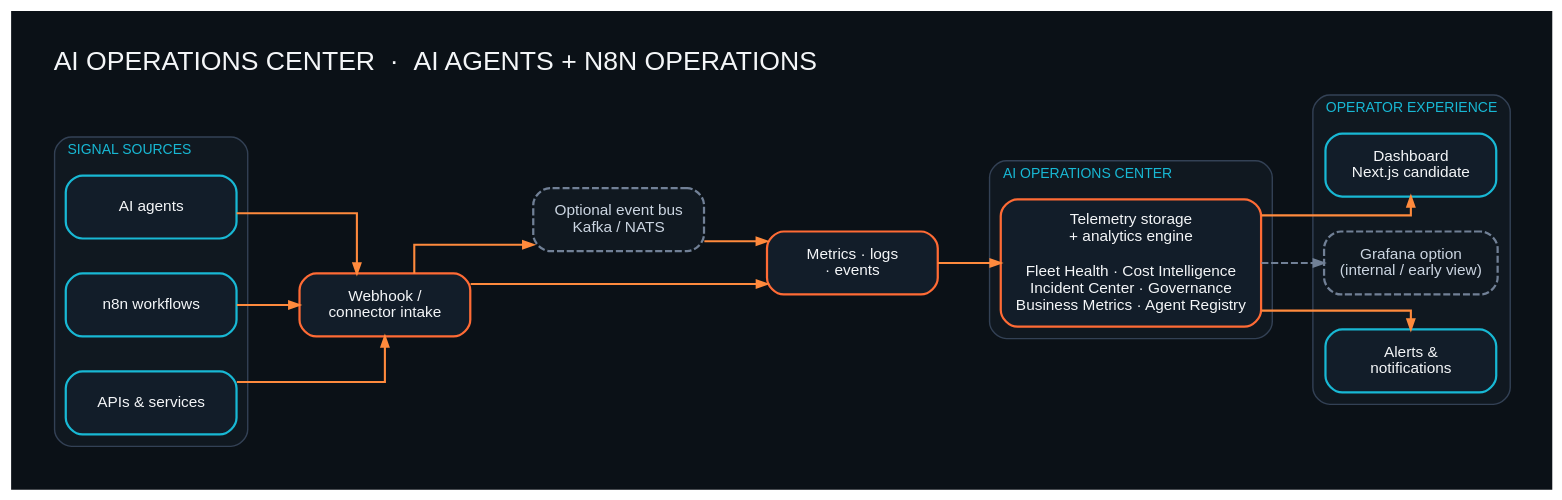
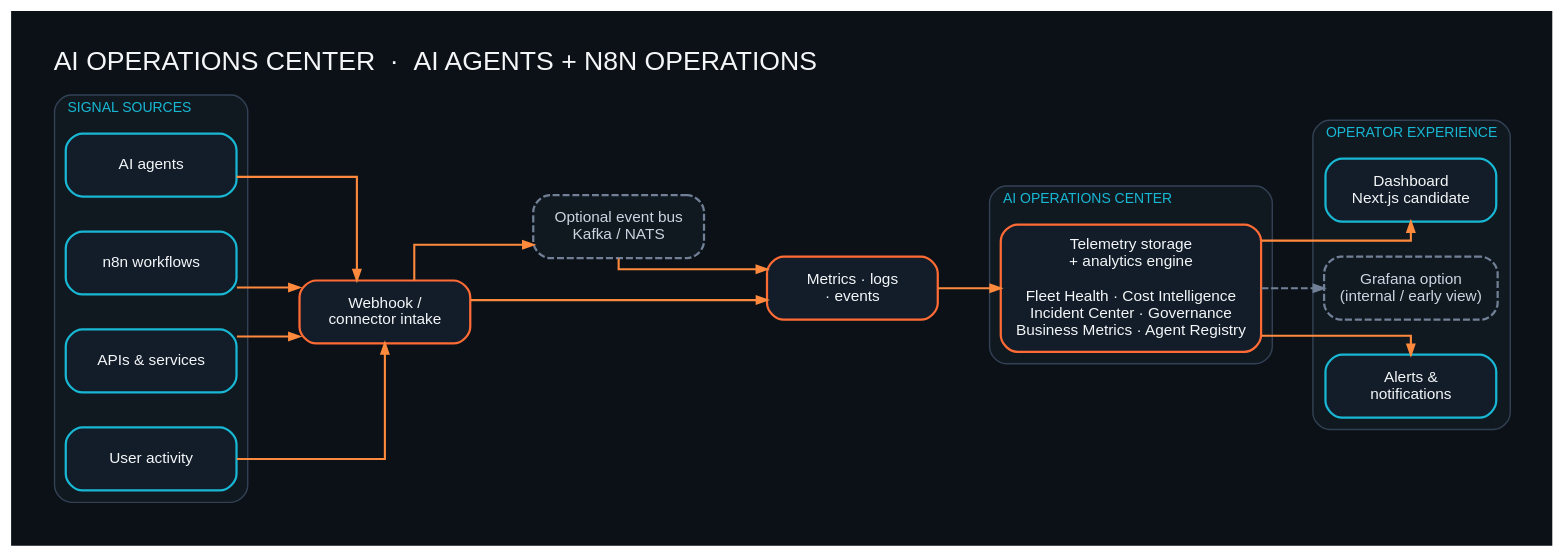
The diagram in diagrams/architecture.dot (EdgeAgent/ai-operations-center), drawn with Graphviz before and after one commit. The commit also changed 2 other files, not shown here.

Commit message:
Include user activity in observability architecture

```diff
--- a/diagrams/architecture.dot
+++ b/diagrams/architecture.dot
@@ -1,33 +1,35 @@
 digraph ai_ops_center {
   graph [rankdir=LR, bgcolor="#0b1117", pad="0.32", nodesep="0.35", ranksep="0.62", splines=ortho, fontname="Arial", fontsize=19, fontcolor="#f4f6f8", label="AI OPERATIONS CENTER  ·  AI AGENTS + N8N OPERATIONS", labelloc=t, labeljust=l];
   node [shape=box, style="rounded,filled", fillcolor="#121d29", color="#ff6b35", penwidth=1.6, fontname="Arial", fontsize=11, fontcolor="#f4f6f8", margin="0.17,0.13", width=1.7, height=0.62];
   edge [color="#ff8a3d", penwidth=1.5, arrowsize=0.72];
   subgraph cluster_sources { label="SIGNAL SOURCES"; style="rounded,filled"; color="#334155"; fillcolor="#101820"; fontname="Arial"; fontsize=10; fontcolor="#18b8d4";
     agents [label="AI agents", color="#18b8d4"];
     n8n [label="n8n workflows", color="#18b8d4"];
     apis [label="APIs & services", color="#18b8d4"];
-    {rank=same; agents; n8n; apis;}
+    activity [label="User activity", color="#18b8d4"];
+    {rank=same; agents; n8n; apis; activity;}
   }
   intake [label="Webhook /\nconnector intake"];
   bus [label="Optional event bus\nKafka / NATS", style="rounded,dashed,filled", color="#718096", fillcolor="#101820", fontcolor="#cbd5e1"];
   collect [label="Metrics · logs\n· events"];
   subgraph cluster_center { label="AI OPERATIONS CENTER"; style="rounded,filled"; color="#334155"; fillcolor="#101820"; fontname="Arial"; fontsize=10; fontcolor="#18b8d4";
     modules [label="Telemetry storage\n+ analytics engine\n\nFleet Health · Cost Intelligence\nIncident Center · Governance\nBusiness Metrics · Agent Registry"];
   }
   subgraph cluster_outputs { label="OPERATOR EXPERIENCE"; style="rounded,filled"; color="#334155"; fillcolor="#101820"; fontname="Arial"; fontsize=10; fontcolor="#18b8d4";
     ui [label="Dashboard\nNext.js candidate", color="#18b8d4"];
     grafana [label="Grafana option\n(internal / early view)", style="rounded,dashed,filled", color="#718096", fillcolor="#101820", fontcolor="#cbd5e1"];
     alerts [label="Alerts &\nnotifications", color="#18b8d4"];
     {rank=same; ui; grafana; alerts;}
   }
   agents -> intake;
   n8n -> intake;
   apis -> intake;
+  activity -> intake;
   intake -> bus;
   intake -> collect;
   bus -> collect;
   collect -> modules;
   modules -> ui;
   modules -> grafana [style=dashed, color="#718096"];
   modules -> alerts;
 }
```
